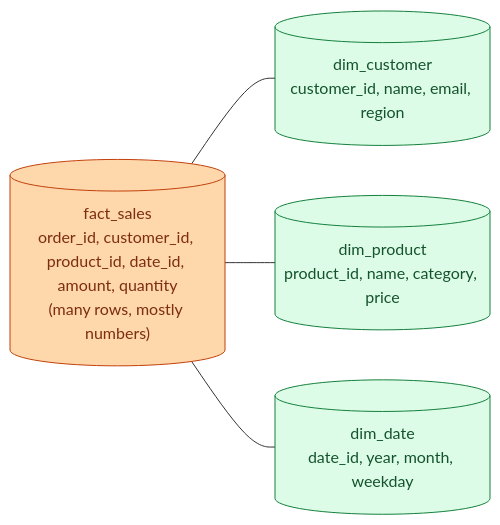
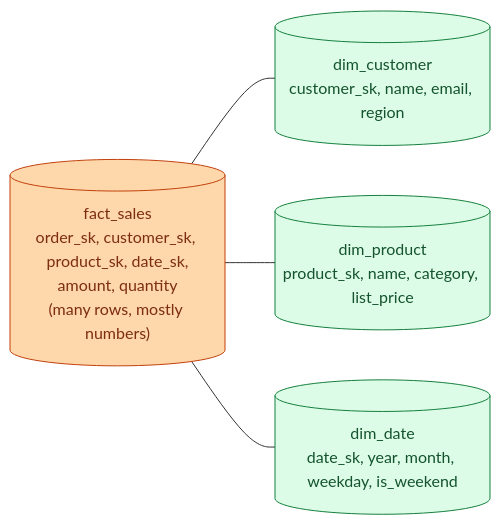
One commit to shiningflash/shiningflash.github.io changed the first of 2 diagrams in _de_concepts/009-fact-vs-dimension.md. Above: the diagram before and after it, drawn with Mermaid. The commit also changed other lines of this file and 69 other files, not shown here.

````diff
--- a/_de_concepts/009-fact-vs-dimension.md
+++ b/_de_concepts/009-fact-vs-dimension.md
@@ -12,13 +14,13 @@
 ```mermaid
 flowchart LR
-    F[("fact_sales<br/>order_id, customer_id, product_id, date_id, amount, quantity<br/>(many rows, mostly numbers)")]:::f
-    D1[("dim_customer<br/>customer_id, name, email, region")]:::d
-    D2[("dim_product<br/>product_id, name, category, price")]:::d
-    D3[("dim_date<br/>date_id, year, month, weekday")]:::d
+    F[("fact_sales<br/>order_sk, customer_sk, product_sk, date_sk,<br/>amount, quantity<br/>(many rows, mostly numbers)")]:::b
+    D1[("dim_customer<br/>customer_sk, name, email, region")]:::g
+    D2[("dim_product<br/>product_sk, name, category, list_price")]:::g
+    D3[("dim_date<br/>date_sk, year, month, weekday, is_weekend")]:::g
     F --- D1
     F --- D2
     F --- D3
 
-    classDef f fill:#fed7aa,stroke:#c2410c,color:#7c2d12
-    classDef d fill:#dcfce7,stroke:#15803d,color:#14532d
+    classDef b fill:#fed7aa,stroke:#c2410c,color:#7c2d12
+    classDef g fill:#dcfce7,stroke:#15803d,color:#14532d
 ```
````
